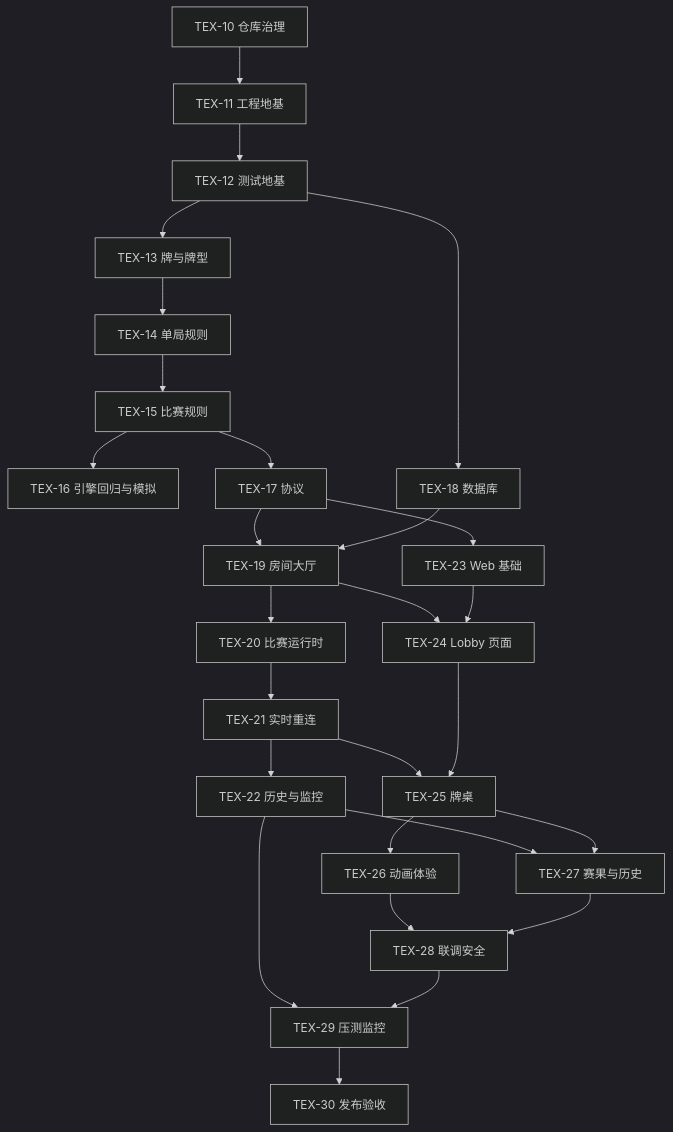
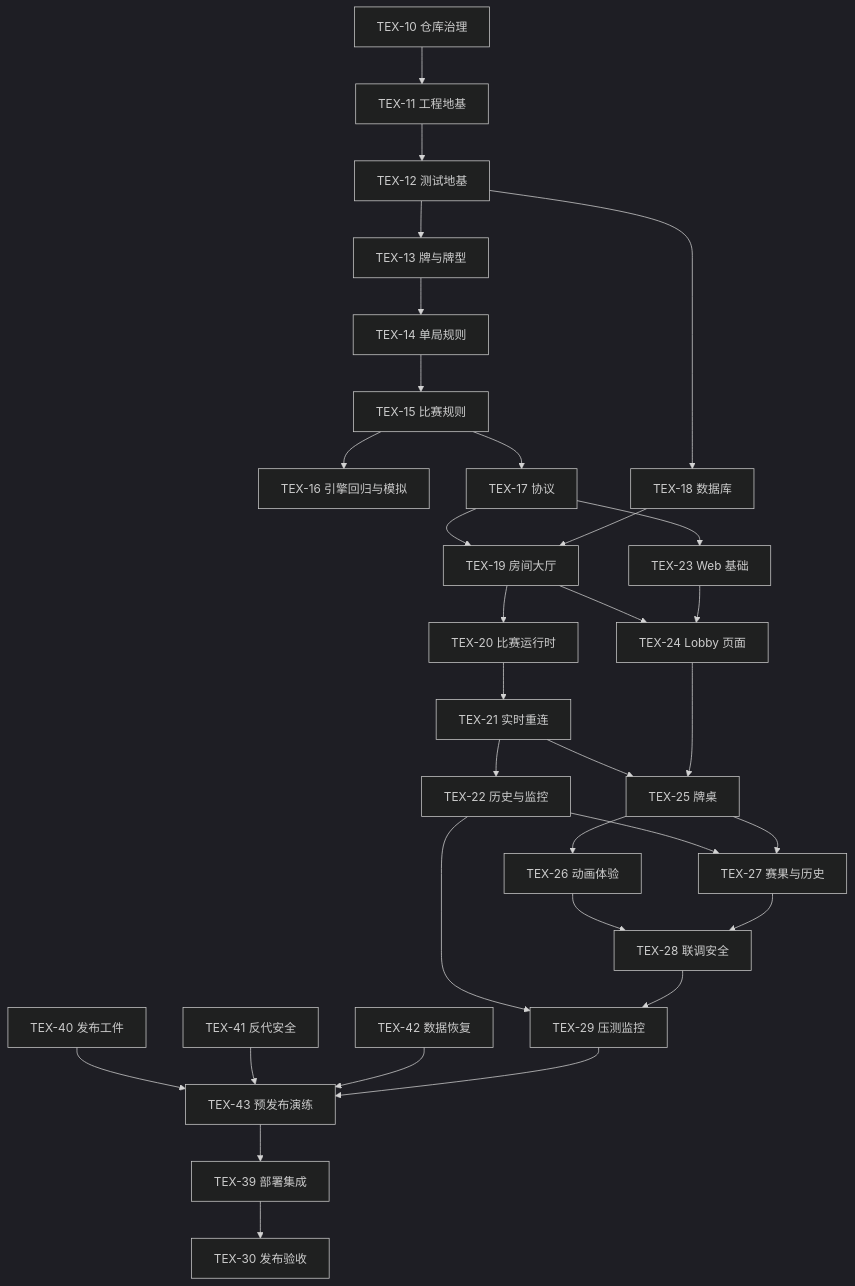
One commit to fujiabao89/Texas-Holdem changed the diagram in docs/00-project/p0-task-overview.md. Above: the diagram before and after it, drawn with Mermaid (dark theme). The commit also changed other lines of this file and 3 other files, not shown here.

````diff
--- a/docs/00-project/p0-task-overview.md
+++ b/docs/00-project/p0-task-overview.md
@@ -26,24 +26,29 @@
 ```mermaid
 flowchart TD
   T10[TEX-10 仓库治理] --> T11[TEX-11 工程地基] --> T12[TEX-12 测试地基]
   T12 --> T13[TEX-13 牌与牌型] --> T14[TEX-14 单局规则] --> T15[TEX-15 比赛规则]
   T15 --> T16[TEX-16 引擎回归与模拟]
   T15 --> T17[TEX-17 协议]
   T12 --> T18[TEX-18 数据库]
   T17 --> T19[TEX-19 房间大厅]
   T18 --> T19
   T19 --> T20[TEX-20 比赛运行时] --> T21[TEX-21 实时重连] --> T22[TEX-22 历史与监控]
   T17 --> T23[TEX-23 Web 基础]
   T19 --> T24[TEX-24 Lobby 页面]
   T23 --> T24
   T21 --> T25[TEX-25 牌桌]
   T24 --> T25
   T25 --> T26[TEX-26 动画体验]
   T22 --> T27[TEX-27 赛果与历史]
   T25 --> T27
   T26 --> T28[TEX-28 联调安全]
   T27 --> T28
   T22 --> T29[TEX-29 压测监控]
   T28 --> T29
-  T29 --> T30[TEX-30 发布验收]
+  T40[TEX-40 发布工件] --> T43[TEX-43 预发布演练]
+  T41[TEX-41 反代安全] --> T43
+  T42[TEX-42 数据恢复] --> T43
+  T29 --> T43
+  T43 --> T39[TEX-39 部署集成]
+  T39 --> T30[TEX-30 发布验收]
 ```
````
